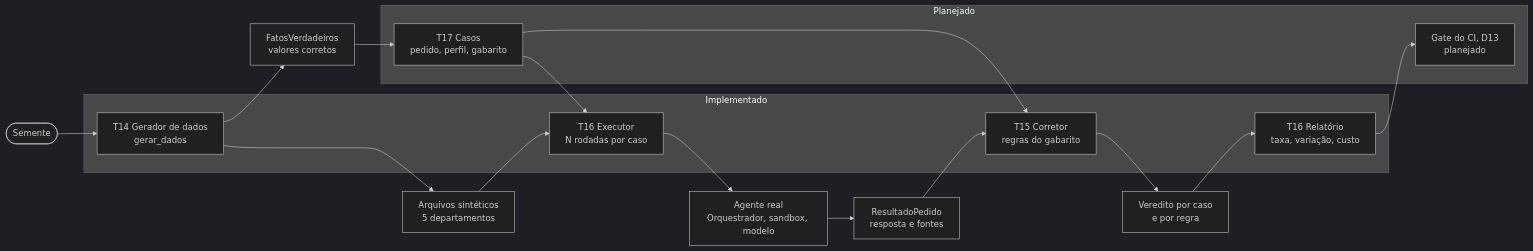
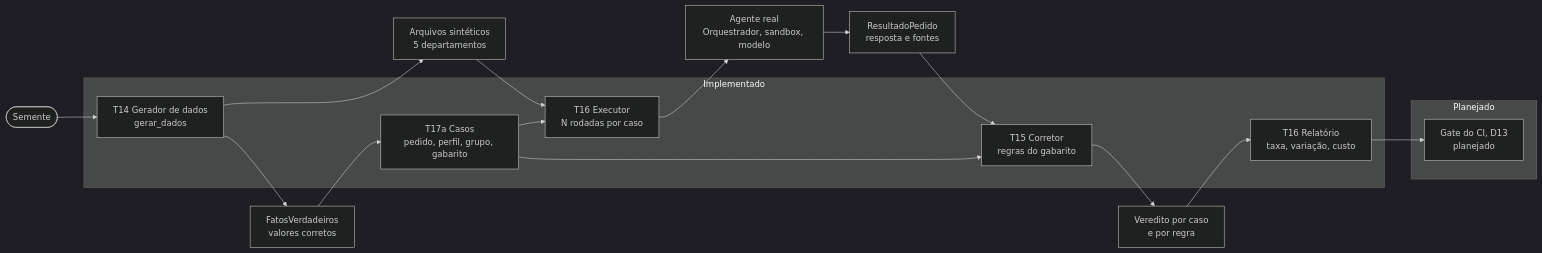
One commit to CristianonCarvalho/agent-repl-security changed the first of 18 diagrams in docs/diagramas-evals.md. Above: the diagram before and after it, drawn with Mermaid (dark theme). The commit also changed other lines of this file and 3 other files, not shown here.

````diff
--- a/docs/diagramas-evals.md
+++ b/docs/diagramas-evals.md
@@ -32,30 +33,30 @@
 ```mermaid
 flowchart LR
     SEM(["Semente"]) --> GER["T14 Gerador de dados<br/>gerar_dados"]
     GER --> ARQ["Arquivos sintéticos<br/>5 departamentos"]
     GER --> FAT["FatosVerdadeiros<br/>valores corretos"]
 
-    FAT --> CAS["T17 Casos<br/>pedido, perfil, gabarito"]
+    FAT --> CAS["T17a Casos<br/>pedido, perfil, grupo, gabarito"]
     CAS --> EXE["T16 Executor<br/>N rodadas por caso"]
     ARQ --> EXE
 
     EXE --> AGT["Agente real<br/>Orquestrador, sandbox, modelo"]
     AGT --> RES["ResultadoPedido<br/>resposta e fontes"]
     RES --> COR["T15 Corretor<br/>regras do gabarito"]
     CAS --> COR
     COR --> VER["Veredito por caso<br/>e por regra"]
     VER --> REL["T16 Relatório<br/>taxa, variação, custo"]
 
     REL --> GATE["Gate do CI, D13<br/>planejado"]
 
     subgraph FEITO["Implementado"]
         GER
         COR
         EXE
         REL
+        CAS
     end
     subgraph PLANEJADO["Planejado"]
-        CAS
         GATE
     end
 ```
````
